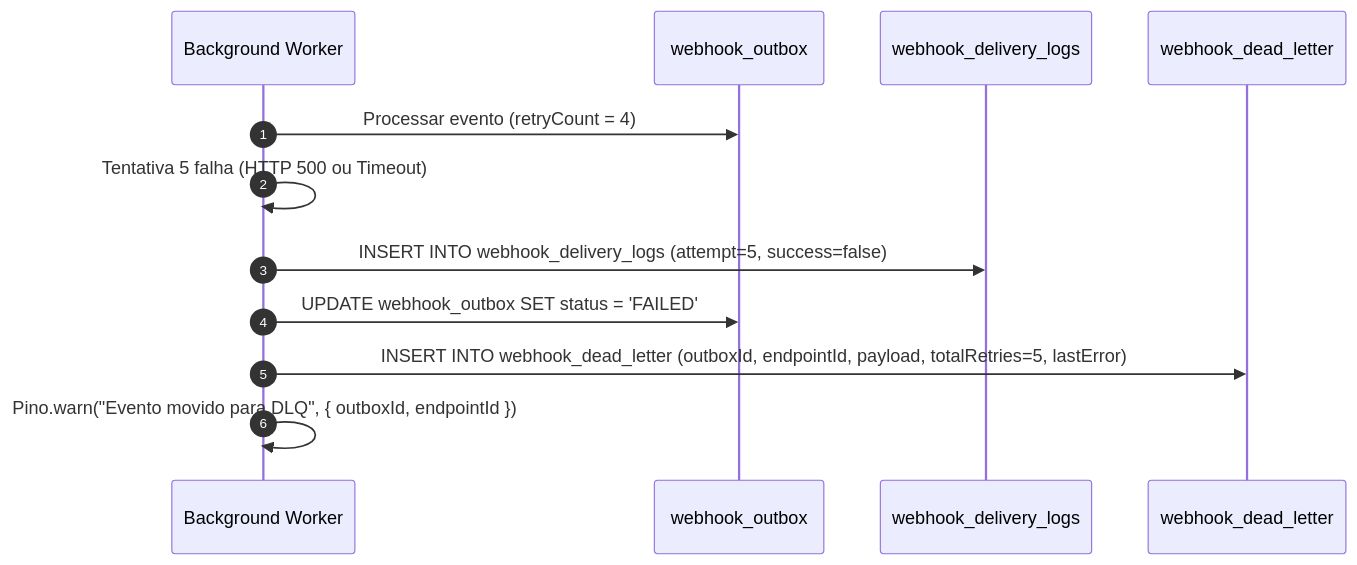
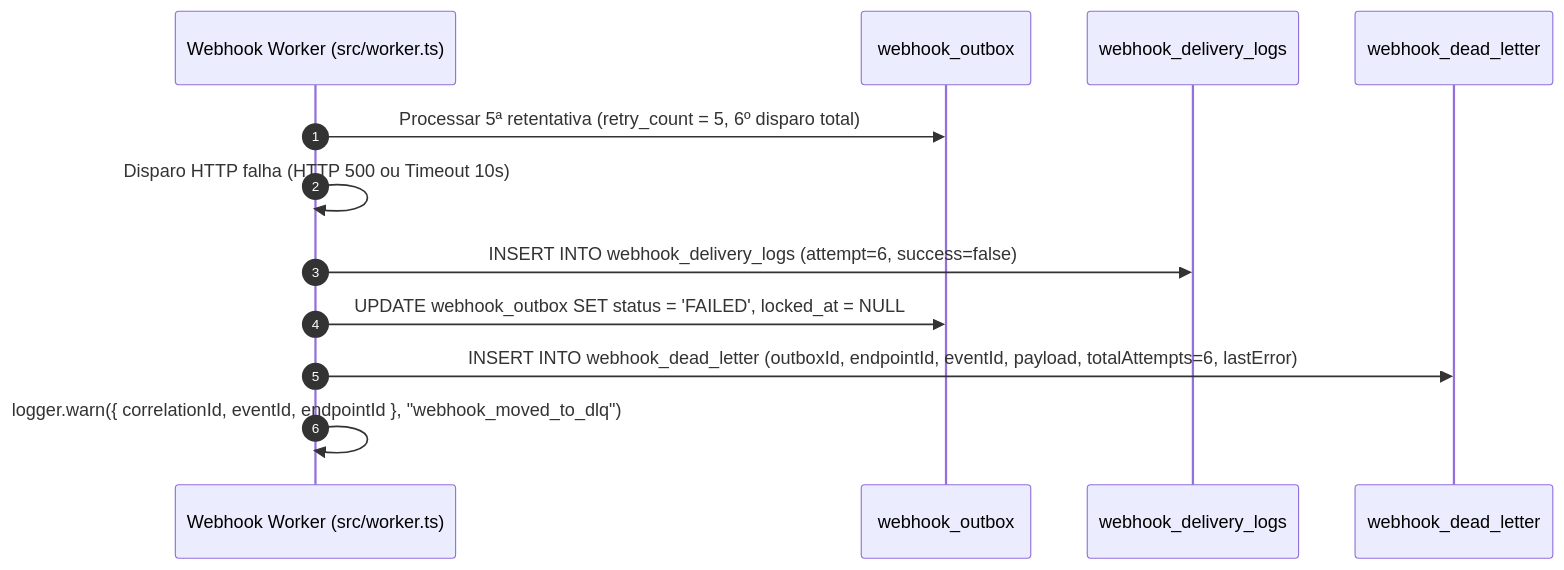
Before and after one commit to jhonatanecardoficial/design-docs-com-ia-mba: the third of 4 diagrams in docs/FDD.md, drawn with Mermaid. The commit also changed other lines of this file and 10 other files, not shown here.

````diff
--- a/docs/FDD.md
+++ b/docs/FDD.md
@@ -277,15 +317,15 @@
 ```mermaid
 sequenceDiagram
     autonumber
-    participant Worker as Background Worker
+    participant Worker as Webhook Worker (src/worker.ts)
     participant Outbox as webhook_outbox
     participant Logs as webhook_delivery_logs
     participant DLQ as webhook_dead_letter
 
-    Worker->>Outbox: Processar evento (retryCount = 4)
-    Worker->>Worker: Tentativa 5 falha (HTTP 500 ou Timeout)
-    Worker->>Logs: INSERT INTO webhook_delivery_logs (attempt=5, success=false)
-    Worker->>Outbox: UPDATE webhook_outbox SET status = 'FAILED'
-    Worker->>DLQ: INSERT INTO webhook_dead_letter (outboxId, endpointId, payload, totalRetries=5, lastError)
-    Worker->>Worker: Pino.warn("Evento movido para DLQ", { outboxId, endpointId })
+    Worker->>Outbox: Processar 5ª retentativa (retry_count = 5, 6º disparo total)
+    Worker->>Worker: Disparo HTTP falha (HTTP 500 ou Timeout 10s)
+    Worker->>Logs: INSERT INTO webhook_delivery_logs (attempt=6, success=false)
+    Worker->>Outbox: UPDATE webhook_outbox SET status = 'FAILED', locked_at = NULL
+    Worker->>DLQ: INSERT INTO webhook_dead_letter (outboxId, endpointId, eventId, payload, totalAttempts=6, lastError)
+    Worker->>Worker: logger.warn({ correlationId, eventId, endpointId }, "webhook_moved_to_dlq")
 ```
````
